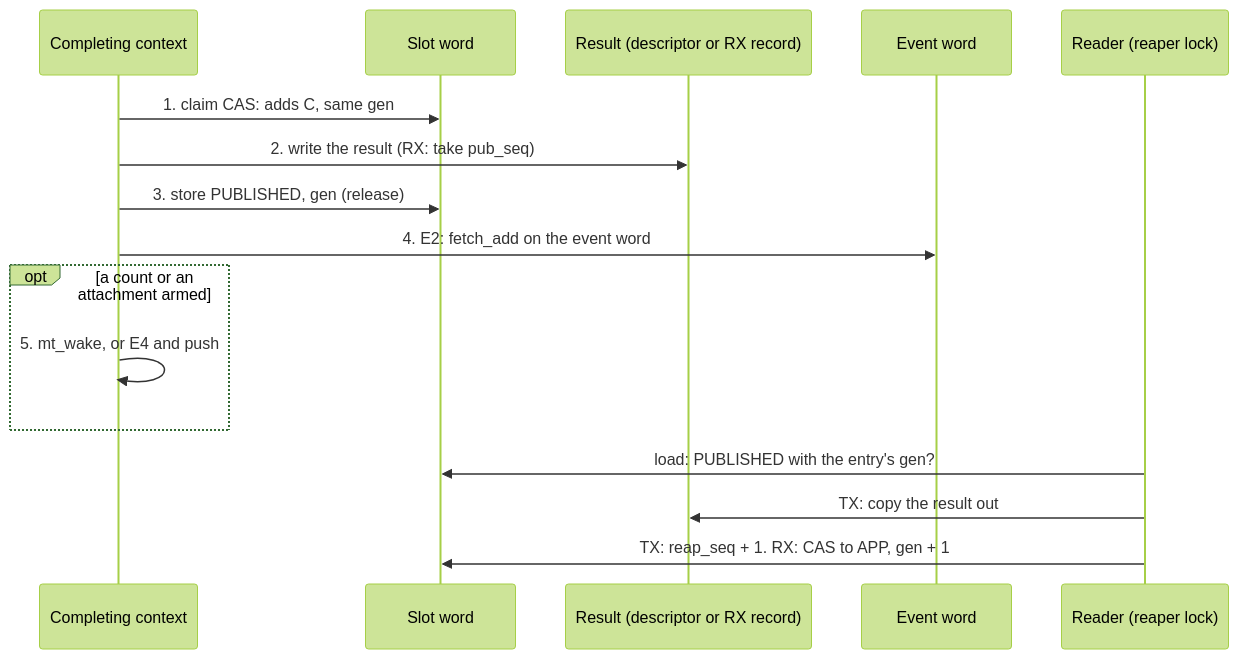
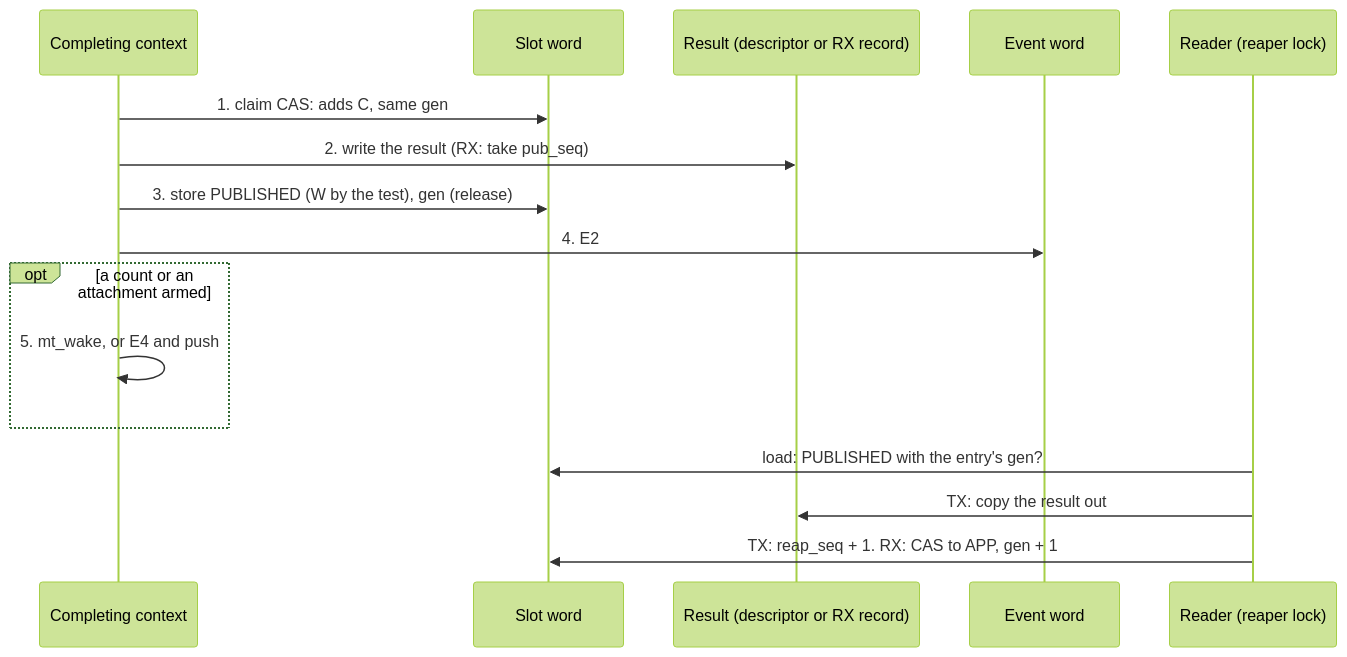
Before and after one commit to OpenVisualCloud/Media-Transport-Library: the eighth of 15 diagrams in doc/unified-api/core.md, drawn with Mermaid (forest theme). The commit also changed other lines of this file and 58 other files, not shown here.

````diff
--- a/doc/unified-api/core.md
+++ b/doc/unified-api/core.md
@@ -761,18 +829,18 @@
 ```mermaid
 sequenceDiagram
     participant CC as Completing context
     participant SW as Slot word
     participant RS as Result (descriptor or RX record)
     participant AW as Event word
     participant RD as Reader (reaper lock)
     CC->>SW: 1. claim CAS: adds C, same gen
     CC->>RS: 2. write the result (RX: take pub_seq)
-    CC->>SW: 3. store PUBLISHED, gen (release)
-    CC->>AW: 4. E2: fetch_add on the event word
+    CC->>SW: 3. store PUBLISHED (W by the test), gen (release)
+    CC->>AW: 4. E2
     opt a count or an attachment armed
         CC->>CC: 5. mt_wake, or E4 and push
     end
     RD->>SW: load: PUBLISHED with the entry's gen?
     RD->>RS: TX: copy the result out
     RD->>SW: TX: reap_seq + 1. RX: CAS to APP, gen + 1
 ```
````
